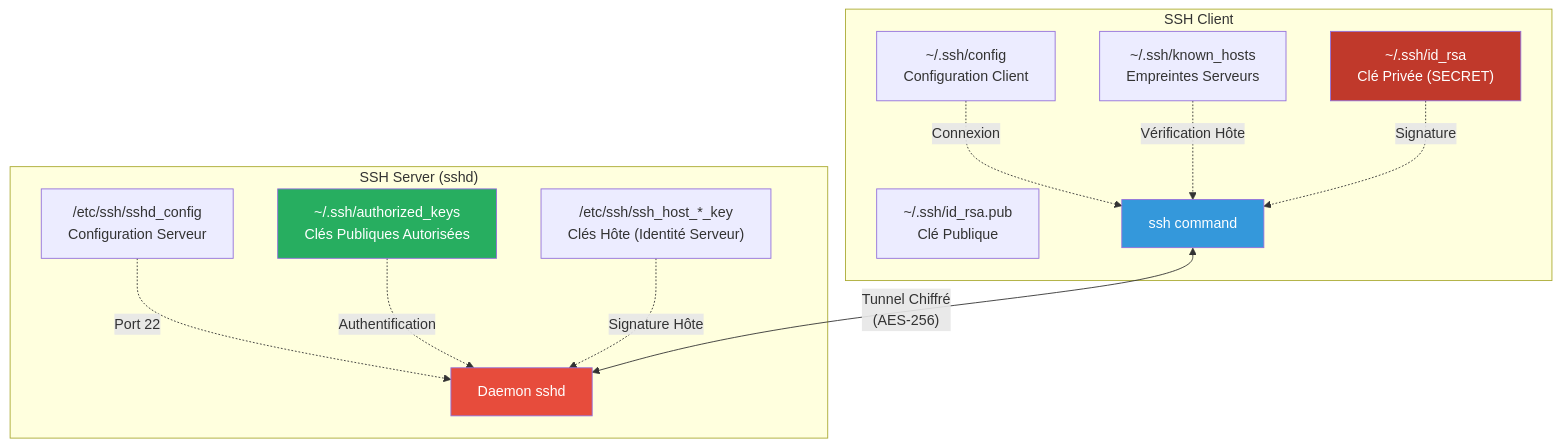
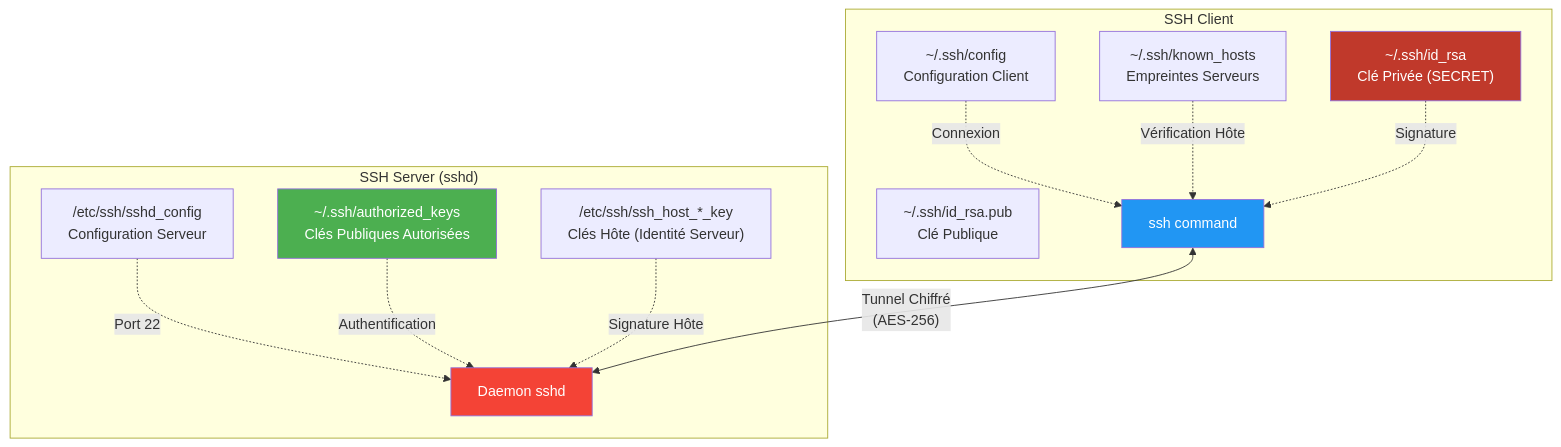
The third of 5 diagrams in docs/linux/lpi-certification.md (VBlackJack/ShellBook), drawn with Mermaid before and after one commit. The commit also changed other lines of this file and 337 other files, not shown here.

First line of the commit message:
refactor(docs): Standardize code blocks and Mermaid colors

````diff
--- a/docs/linux/lpi-certification.md
+++ b/docs/linux/lpi-certification.md
@@ -114,30 +114,30 @@
 ```mermaid
 graph TB
     subgraph "SSH Server (sshd)"
         S1["/etc/ssh/sshd_config<br/>Configuration Serveur"]
         S2["~/.ssh/authorized_keys<br/>Clés Publiques Autorisées"]
         S3["/etc/ssh/ssh_host_*_key<br/>Clés Hôte (Identité Serveur)"]
 
         S1 -.->|Port 22| S4[Daemon sshd]
         S2 -.->|Authentification| S4
         S3 -.->|Signature Hôte| S4
     end
 
     subgraph "SSH Client"
         C1["~/.ssh/config<br/>Configuration Client"]
         C2["~/.ssh/known_hosts<br/>Empreintes Serveurs"]
         C3["~/.ssh/id_rsa<br/>Clé Privée (SECRET)"]
         C4["~/.ssh/id_rsa.pub<br/>Clé Publique"]
 
         C1 -.->|Connexion| C5[ssh command]
         C2 -.->|Vérification Hôte| C5
         C3 -.->|Signature| C5
     end
 
     C5 <-->|"Tunnel Chiffré<br/>(AES-256)"| S4
 
-    style S4 fill:#e74c3c,color:#fff
-    style C5 fill:#3498db,color:#fff
+    style S4 fill:#f44336,color:#fff
+    style C5 fill:#2196F3,color:#fff
     style C3 fill:#c0392b,color:#fff
-    style S2 fill:#27ae60,color:#fff
+    style S2 fill:#4CAF50,color:#fff
 ```
````
